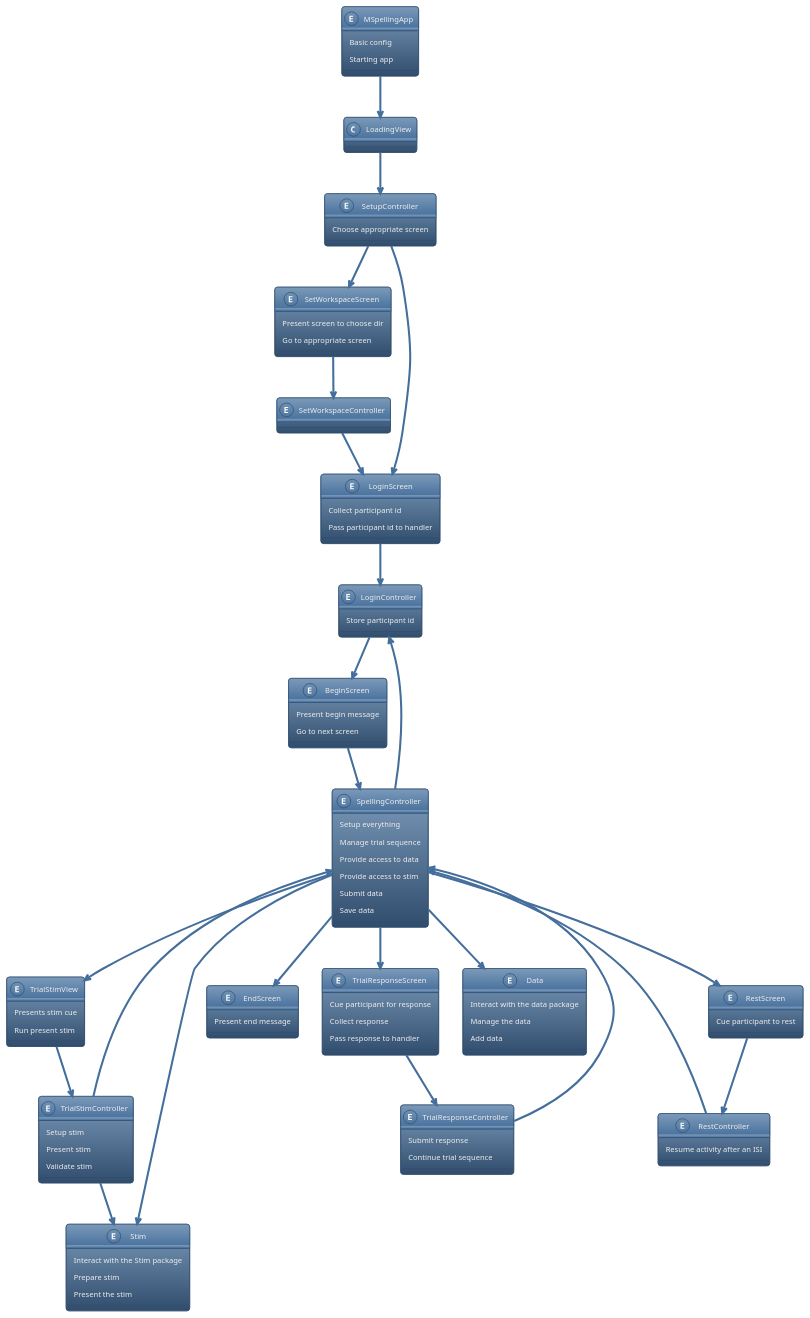
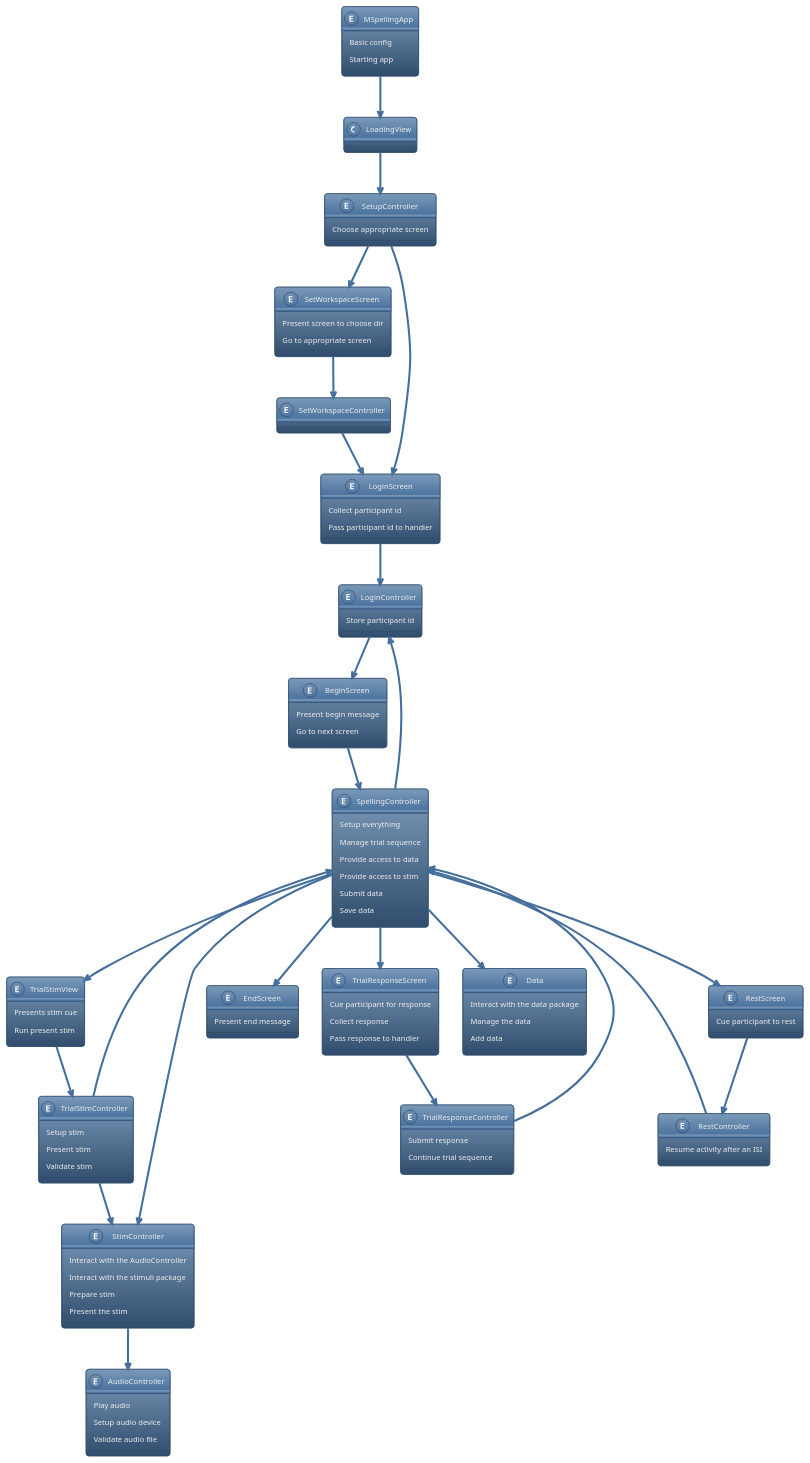
One commit to mario-bermonti/mspelling changed the diagram in docs/design/design.plantuml. Above: the diagram before and after it, drawn with PlantUML.

Commit message:
Update Stim design

```diff
--- a/docs/design/design.plantuml
+++ b/docs/design/design.plantuml
@@ -1,113 +1,121 @@
 @startuml Entities and Responsibilities
 !theme spacelab
 
 entity MSpellingApp {
     Basic config
     Starting app
 }
 
 entity SetupController {
     Choose appropriate screen
 }
 
 entity SetWorkspaceScreen {
     Present screen to choose dir 
     Go to appropriate screen
 }
 
 entity SetWorkspaceController {
 }
 
 entity LoginScreen {
     Collect participant id
     Pass participant id to handler
 }
 
 entity LoginController {
     Store participant id
 }
 
 entity BeginScreen {
     Present begin message
     Go to next screen
 }
 
 entity SpellingController {
     Setup everything
     Manage trial sequence 
     Provide access to data
     Provide access to stim
     Submit data
     Save data
 }
 
 entity TrialStimView {
     Presents stim cue
     Run present stim
 }
 
 entity TrialStimController {
     Setup stim 
     Present stim
     Validate stim
 }
 
 entity TrialResponseScreen {
     Cue participant for response 
     Collect response
     Pass response to handler
 }
 
 entity TrialResponseController {
     Submit response
     Continue trial sequence
 }
 
 entity RestScreen {
     Cue participant to rest 
 }
 
 entity RestController {
     Resume activity after an ISI
 }
 
 entity EndScreen {
     Present end message
 }
 
-entity Stim {   
-    Interact with the Stim package 
+entity StimController {   
+    Interact with the AudioController 
+    Interact with the stimuli package
     Prepare stim 
     Present the stim
+}
+
+entity AudioController {
+    Play audio
+    Setup audio device
+    Validate audio file
 }
 
 entity Data {
     Interact with the data package 
     Manage the data 
     Add data
 }
 
 MSpellingApp --> LoadingView
 LoadingView --> SetupController
 SetupController --> SetWorkspaceScreen
 SetupController --> LoginScreen
 SetWorkspaceScreen --> SetWorkspaceController
 SetWorkspaceController --> LoginScreen
 LoginScreen --> LoginController
 LoginController --> BeginScreen
 BeginScreen --> SpellingController
 SpellingController --> Data
 SpellingController --> TrialStimView
 TrialStimView --> TrialStimController
 TrialStimController --> SpellingController
-TrialStimController --> Stim
+TrialStimController --> StimController
 SpellingController --> TrialResponseScreen
 TrialResponseScreen --> TrialResponseController
 TrialResponseController --> SpellingController
 SpellingController --> RestScreen
 RestScreen --> RestController
 RestController --> SpellingController
 SpellingController --> EndScreen
 SpellingController --> LoginController
-SpellingController --> Stim
+SpellingController --> StimController
+StimController --> AudioController
 @enduml
```
